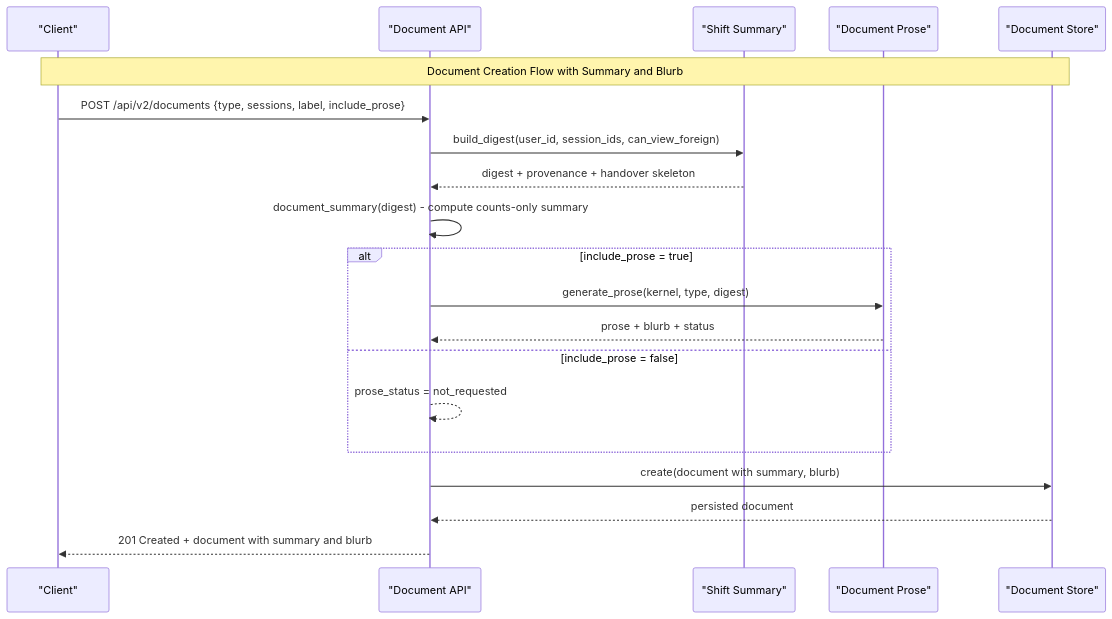
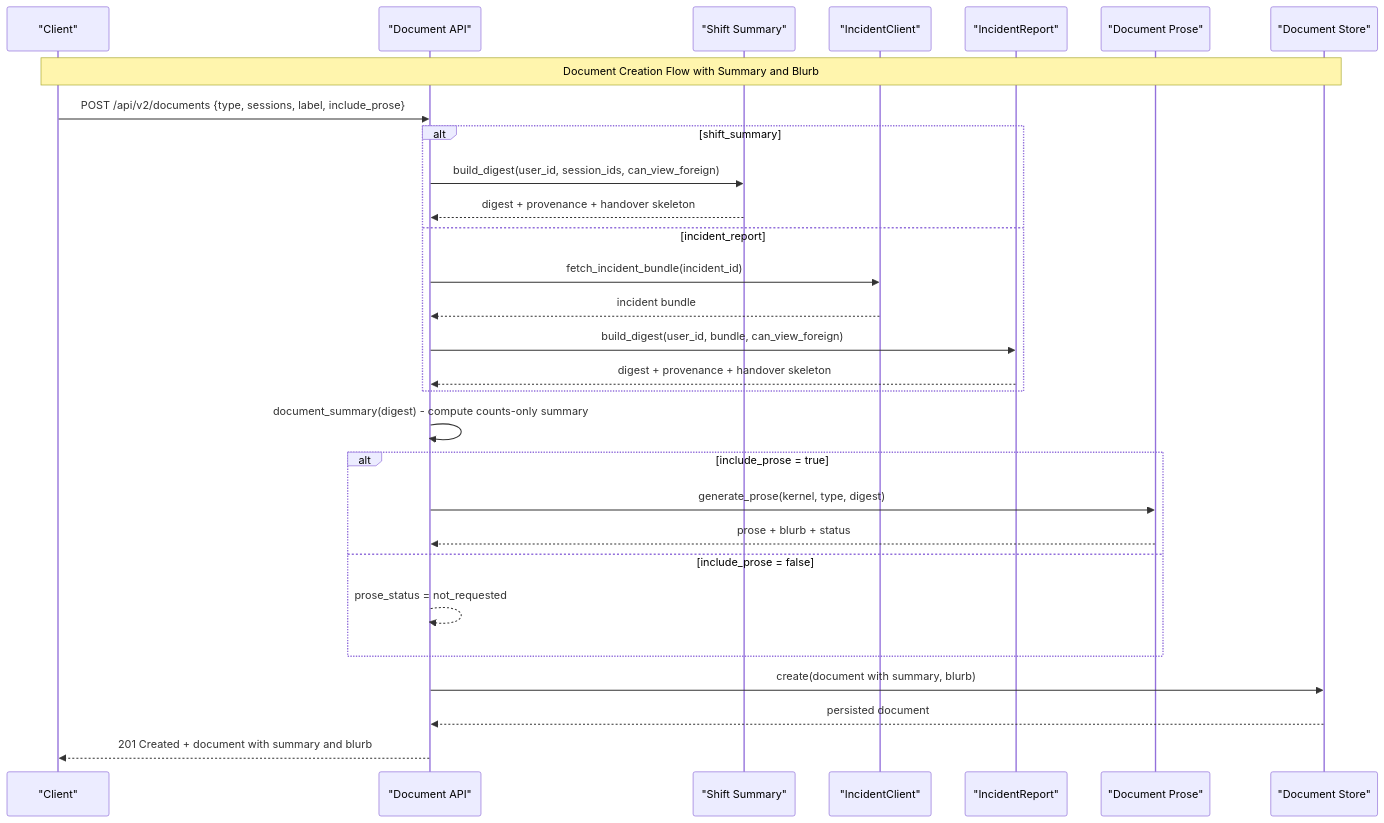
One commit to metasync/luban-aiops changed diagram 25 of 42 in .qoder/repowiki/en/content/Agent Platform Service/Agent Platform Service.md. Above: the diagram before and after it, drawn with Mermaid. The commit also changed other lines of this file and 72 other files, not shown here.

````diff
--- a/.qoder/repowiki/en/content/Agent Platform Service/Agent Platform Service.md
+++ b/.qoder/repowiki/en/content/Agent Platform Service/Agent Platform Service.md
@@ -1601,22 +1738,31 @@
 ```mermaid
 sequenceDiagram
 participant Client as "Client"
 participant API as "Document API"
 participant ShiftSum as "Shift Summary"
+participant IncClient as "IncidentClient"
+participant IncReport as "IncidentReport"
 participant DocProse as "Document Prose"
 participant DocStore as "Document Store"
 Note over Client,DocStore : Document Creation Flow with Summary and Blurb
 Client->>API : POST /api/v2/documents {type, sessions, label, include_prose}
+alt shift_summary
 API->>ShiftSum : build_digest(user_id, session_ids, can_view_foreign)
 ShiftSum-->>API : digest + provenance + handover skeleton
+else incident_report
+API->>IncClient : fetch_incident_bundle(incident_id)
+IncClient-->>API : incident bundle
+API->>IncReport : build_digest(user_id, bundle, can_view_foreign)
+IncReport-->>API : digest + provenance + handover skeleton
+end
 API->>API : document_summary(digest) - compute counts-only summary
 alt include_prose = true
 API->>DocProse : generate_prose(kernel, type, digest)
 DocProse-->>API : prose + blurb + status
 else include_prose = false
 API-->>API : prose_status = not_requested
 end
 API->>DocStore : create(document with summary, blurb)
 DocStore-->>API : persisted document
 API-->>Client : 201 Created + document with summary and blurb
 ```
````
